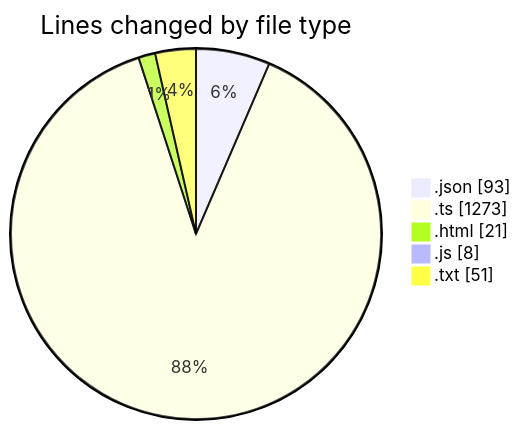
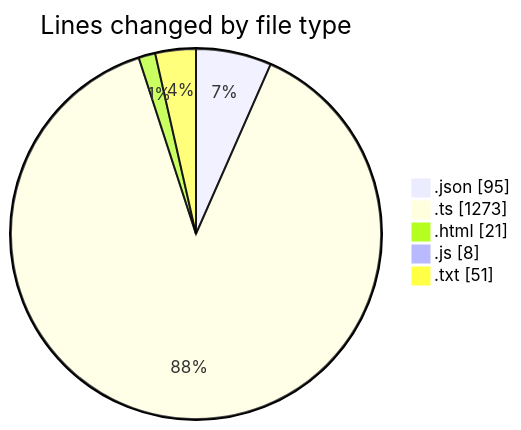
Before and after one commit to tmsrecording-cyber/code-tracking: the first of 2 diagrams in 2026-02-02/singularitybrainai/README.md, drawn with Mermaid. The commit also changed other lines of this file and 1 other file, not shown here.

````diff
--- a/2026-02-02/singularitybrainai/README.md
+++ b/2026-02-02/singularitybrainai/README.md
@@ -29,9 +29,9 @@
 ```mermaid
 pie showData
 title Lines changed by file type
-".json" : 93
+".json" : 95
 ".ts" : 1273
 ".html" : 21
 ".js" : 8
 ".txt" : 51
 ```
````
